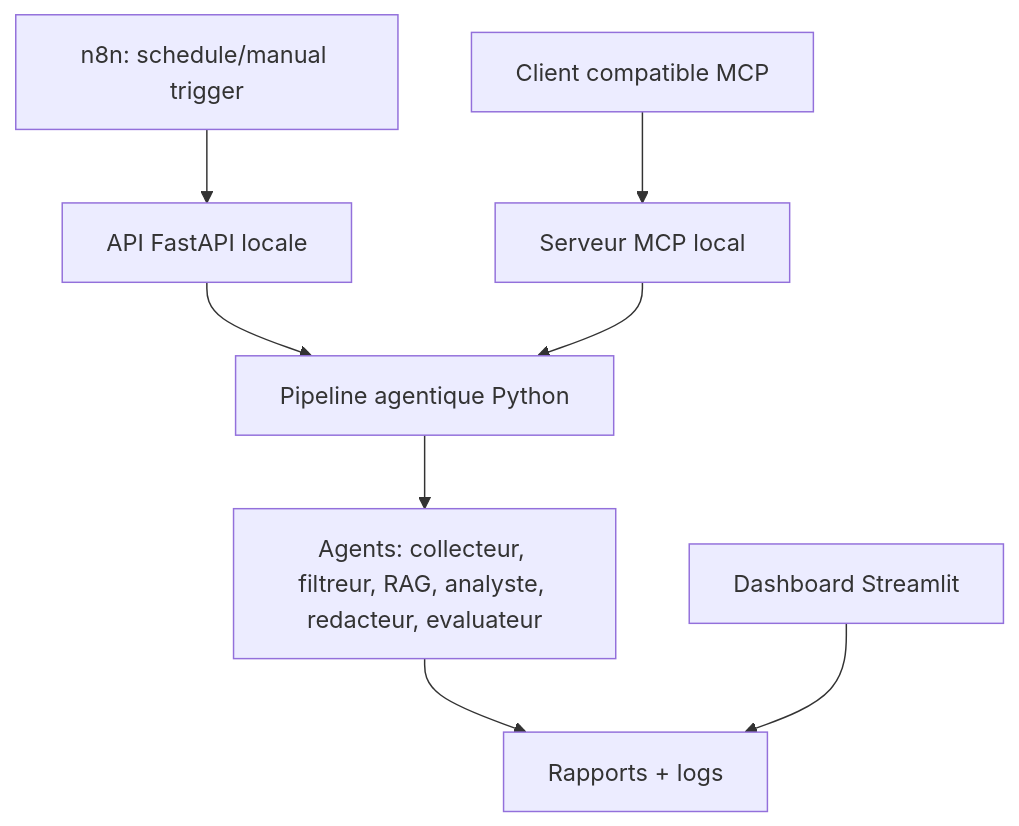
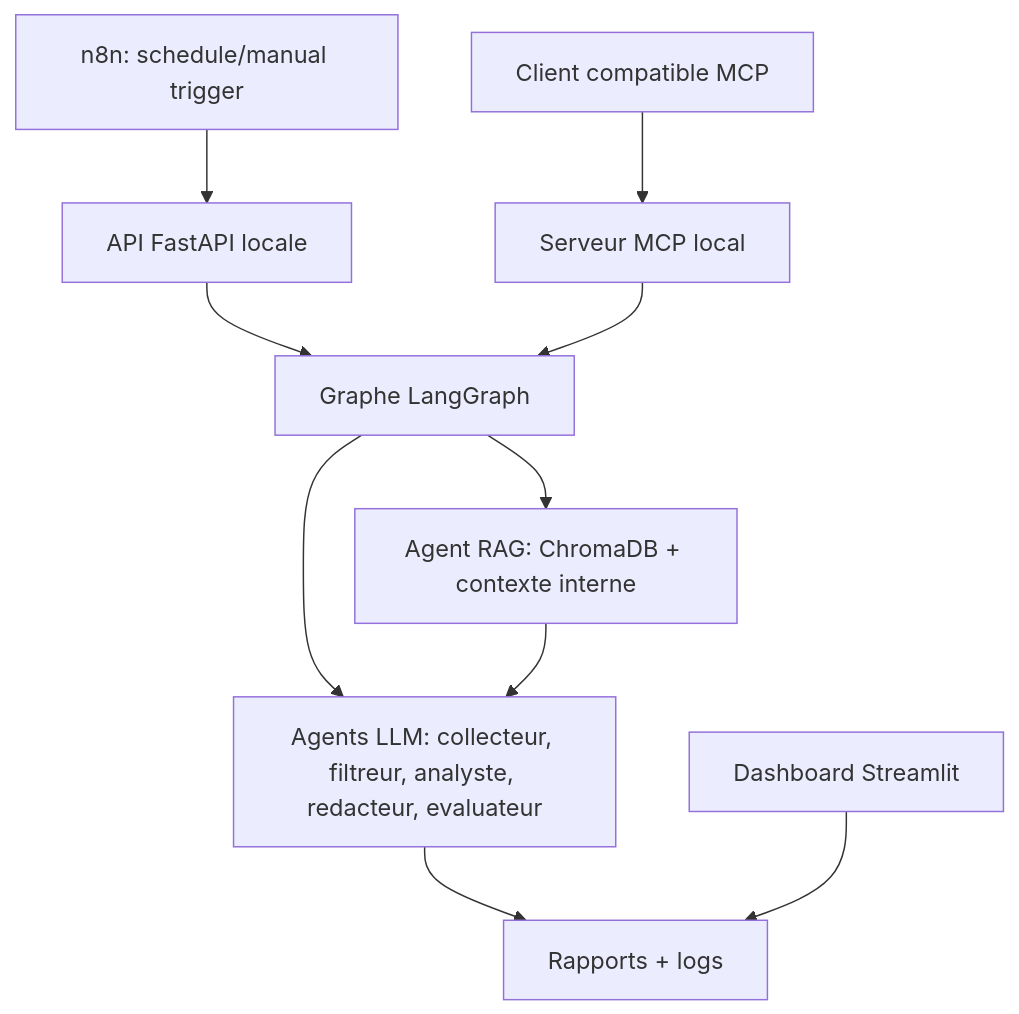
Before and after one commit to OmarBour-lab/Veille-IA: the diagram in docs/integration_n8n_mcp_agentique.md, drawn with Mermaid. The commit also changed other lines of this file and 26 other files, not shown here.

````diff
--- a/docs/integration_n8n_mcp_agentique.md
+++ b/docs/integration_n8n_mcp_agentique.md
@@ -13,10 +13,12 @@
 ```mermaid
 flowchart TD
     A["n8n: schedule/manual trigger"] --> B["API FastAPI locale"]
-    B --> C["Pipeline agentique Python"]
-    C --> D["Agents: collecteur, filtreur, RAG, analyste, redacteur, evaluateur"]
+    B --> C["Graphe LangGraph"]
+    C --> D["Agents LLM: collecteur, filtreur, analyste, redacteur, evaluateur"]
+    C --> R["Agent RAG: ChromaDB + contexte interne"]
     D --> E["Rapports + logs"]
+    R --> D
     F["Client compatible MCP"] --> G["Serveur MCP local"]
     G --> C
     H["Dashboard Streamlit"] --> E
 ```
````
